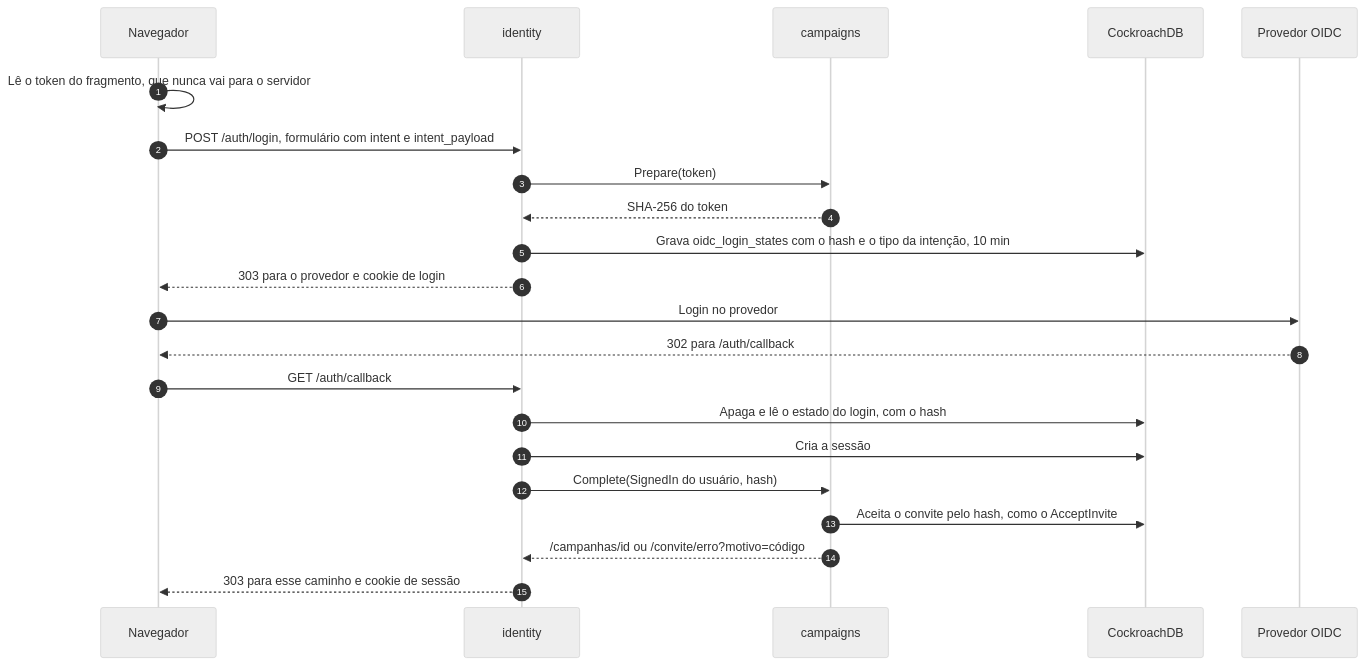
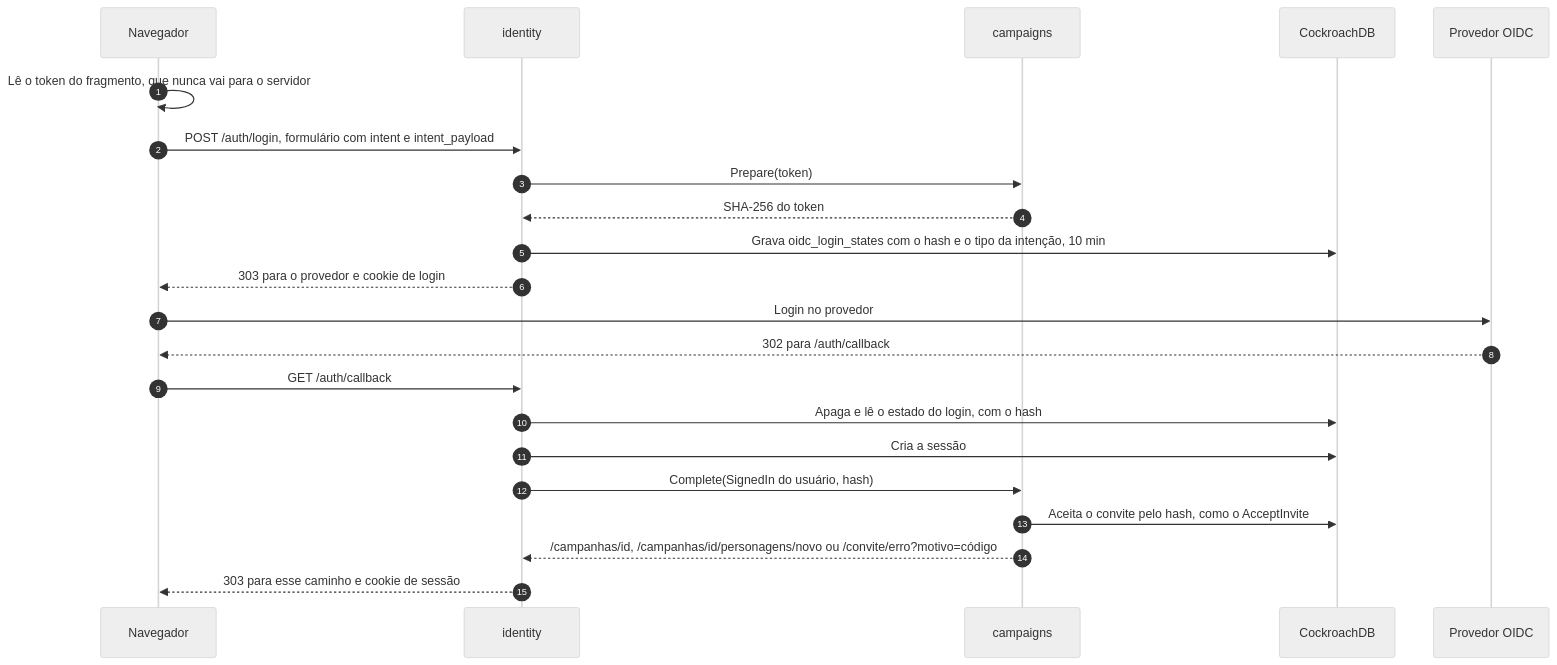
The sixth of 9 diagrams in docs/arquitetura.md (PuraFome/meuRPG), drawn with Mermaid (neutral theme) before and after one commit. The commit also changed other lines of this file and 82 other files, not shown here.

````diff
--- a/docs/arquitetura.md
+++ b/docs/arquitetura.md
@@ -406,25 +431,25 @@
 ```mermaid
 sequenceDiagram
     autonumber
     participant N as Navegador
     participant I as identity
     participant C as campaigns
     participant B as CockroachDB
     participant P as Provedor OIDC
 
     N->>N: Lê o token do fragmento, que nunca vai para o servidor
     N->>I: POST /auth/login, formulário com intent e intent_payload
     I->>C: Prepare(token)
     C-->>I: SHA-256 do token
     I->>B: Grava oidc_login_states com o hash e o tipo da intenção, 10 min
     I-->>N: 303 para o provedor e cookie de login
     N->>P: Login no provedor
     P-->>N: 302 para /auth/callback
     N->>I: GET /auth/callback
     I->>B: Apaga e lê o estado do login, com o hash
     I->>B: Cria a sessão
     I->>C: Complete(SignedIn do usuário, hash)
     C->>B: Aceita o convite pelo hash, como o AcceptInvite
-    C-->>I: /campanhas/id ou /convite/erro?motivo=código
+    C-->>I: /campanhas/id, /campanhas/id/personagens/novo ou /convite/erro?motivo=código
     I-->>N: 303 para esse caminho e cookie de sessão
 ```
````
